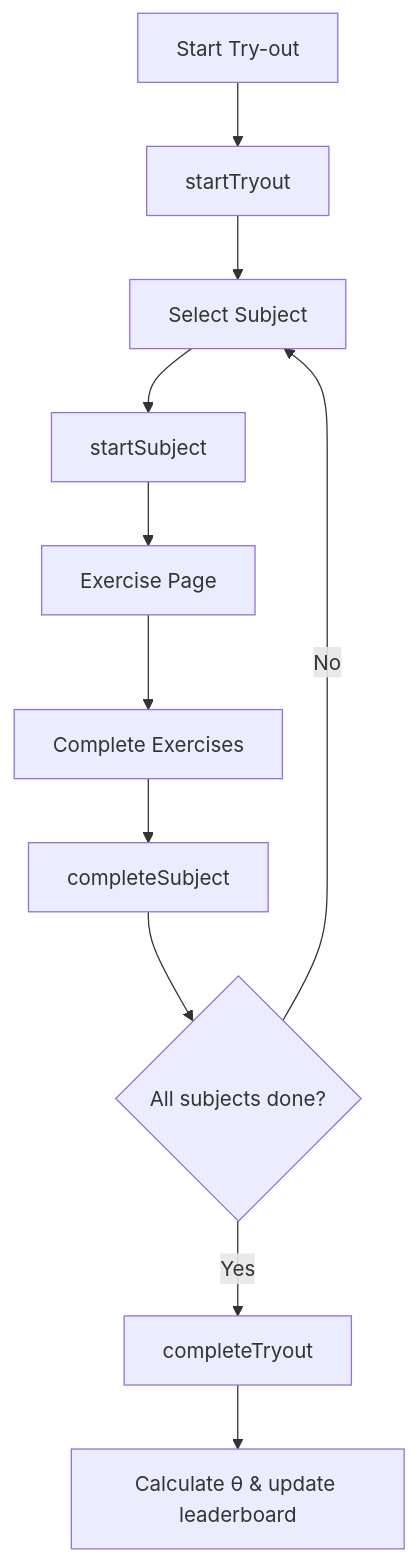
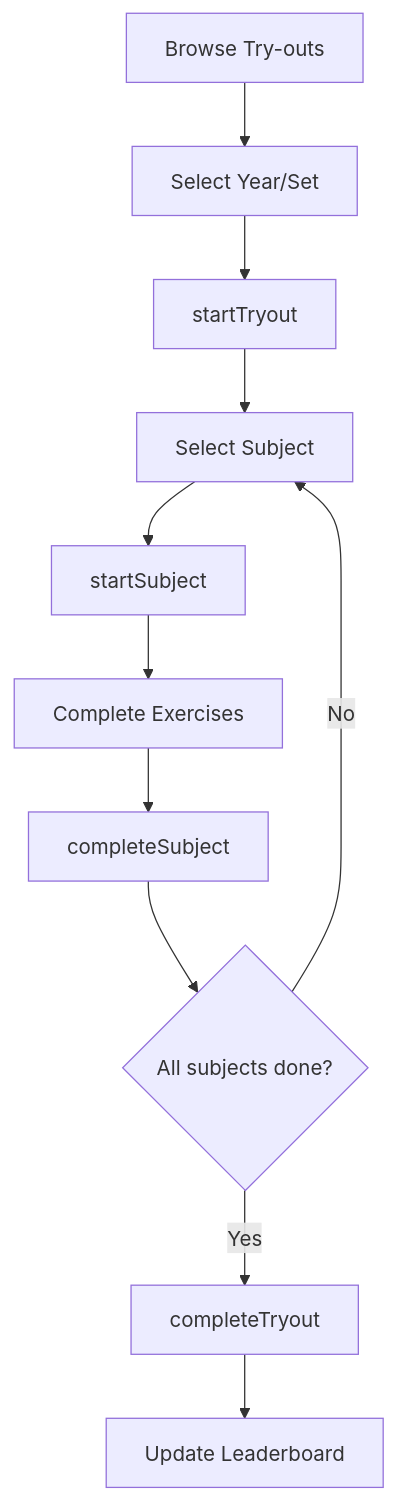
The second of 2 diagrams in packages/backend/convex/snbt/README.md (nakafaai/nakafa.com), drawn with Mermaid before and after one commit. The commit also changed other lines of this file and 3 other files, not shown here.

````diff
--- a/packages/backend/convex/snbt/README.md
+++ b/packages/backend/convex/snbt/README.md
@@ -31,13 +31,13 @@
 ```mermaid
 flowchart TD
-    A[Start Try-out] --> B[startTryout]
-    B --> C[Select Subject]
-    C --> D[startSubject]
-    D --> E[Exercise Page]
+    A[Browse Try-outs] --> B[Select Year/Set]
+    B --> C[startTryout]
+    C --> D[Select Subject]
+    D --> E[startSubject]
     E --> F[Complete Exercises]
     F --> G[completeSubject]
     G --> H{All subjects done?}
-    H -->|No| C
+    H -->|No| D
     H -->|Yes| I[completeTryout]
-    I --> J[Calculate θ & update leaderboard]
+    I --> J[Update Leaderboard]
 ```
````
